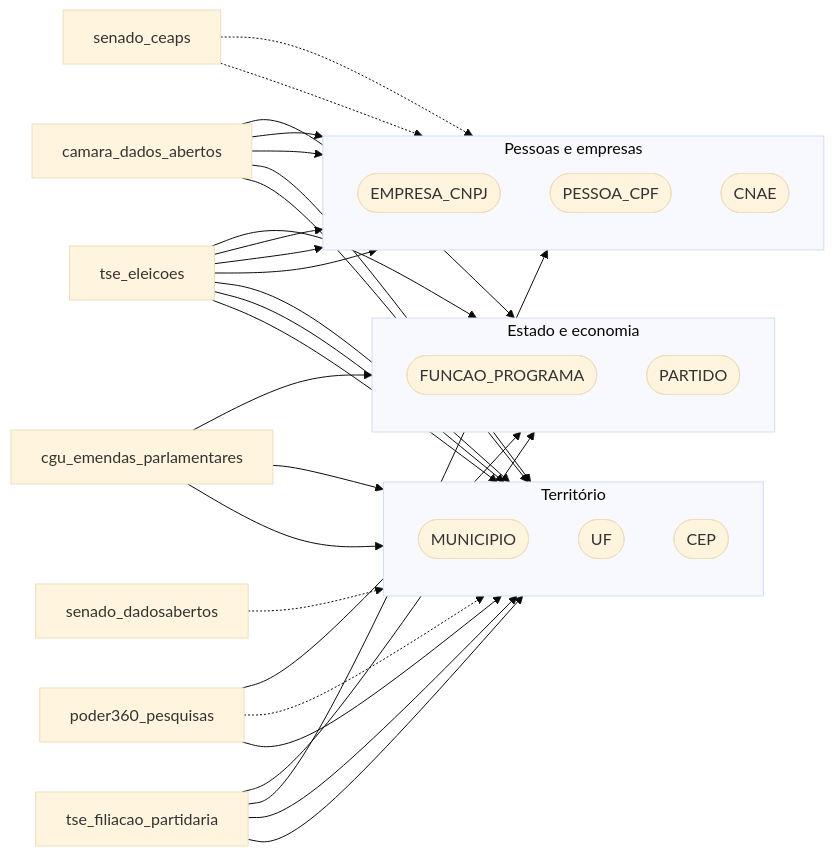
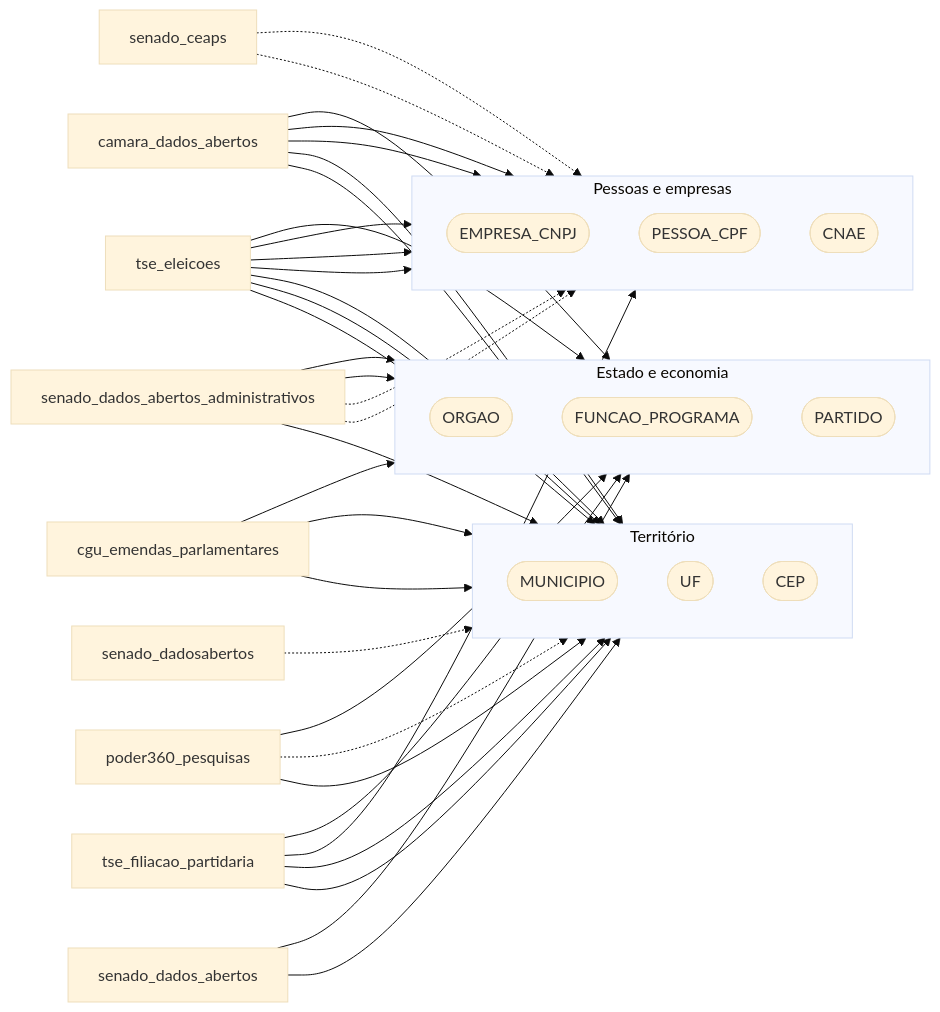
Before and after one commit to rafapolo/rodado: the seventh of 12 diagrams in docs/Flow.md, drawn with Mermaid (base theme). The commit also changed other lines of this file and 11 other files, not shown here.

````diff
--- a/docs/Flow.md
+++ b/docs/Flow.md
@@ -660,52 +697,62 @@
 ```mermaid
 flowchart LR
     politica_br_camara_dados_abertos["camara_dados_abertos"]
     politica_br_cgu_emendas_parlamentares["cgu_emendas_parlamentares"]
     politica_br_poder360_pesquisas["poder360_pesquisas"]
     politica_br_senado_ceaps["senado_ceaps"]
+    politica_br_senado_dados_abertos["senado_dados_abertos"]
+    politica_br_senado_dados_abertos_administrativos["senado_dados_abertos_administrativos"]
     politica_br_senado_dadosabertos["senado_dadosabertos"]
     politica_br_tse_eleicoes["tse_eleicoes"]
     politica_br_tse_filiacao_partidaria["tse_filiacao_partidaria"]
     subgraph politica_g_territ_rio["Território"]
         direction TB
         politica_MUNICIPIO(["MUNICIPIO"])
         politica_UF(["UF"])
         politica_CEP(["CEP"])
     end
     subgraph politica_g_pessoas_e_empresas["Pessoas e empresas"]
         direction TB
         politica_EMPRESA_CNPJ(["EMPRESA_CNPJ"])
         politica_PESSOA_CPF(["PESSOA_CPF"])
         politica_CNAE(["CNAE"])
     end
     subgraph politica_g_estado_e_economia["Estado e economia"]
         direction TB
+        politica_ORGAO(["ORGAO"])
         politica_FUNCAO_PROGRAMA(["FUNCAO_PROGRAMA"])
         politica_PARTIDO(["PARTIDO"])
     end
     politica_br_camara_dados_abertos --> politica_EMPRESA_CNPJ
     politica_br_camara_dados_abertos --> politica_MUNICIPIO
     politica_br_camara_dados_abertos --> politica_PARTIDO
     politica_br_camara_dados_abertos --> politica_PESSOA_CPF
     politica_br_camara_dados_abertos --> politica_UF
     politica_br_cgu_emendas_parlamentares --> politica_FUNCAO_PROGRAMA
     politica_br_cgu_emendas_parlamentares --> politica_MUNICIPIO
     politica_br_cgu_emendas_parlamentares --> politica_UF
     politica_br_poder360_pesquisas -.-> politica_MUNICIPIO
     politica_br_poder360_pesquisas --> politica_PARTIDO
     politica_br_poder360_pesquisas --> politica_UF
     politica_br_senado_ceaps -.-> politica_EMPRESA_CNPJ
     politica_br_senado_ceaps -.-> politica_PESSOA_CPF
+    politica_br_senado_dados_abertos --> politica_PARTIDO
+    politica_br_senado_dados_abertos --> politica_UF
+    politica_br_senado_dados_abertos_administrativos -.-> politica_EMPRESA_CNPJ
+    politica_br_senado_dados_abertos_administrativos --> politica_ORGAO
+    politica_br_senado_dados_abertos_administrativos --> politica_PARTIDO
+    politica_br_senado_dados_abertos_administrativos -.-> politica_PESSOA_CPF
+    politica_br_senado_dados_abertos_administrativos --> politica_UF
     politica_br_senado_dadosabertos -.-> politica_UF
     politica_br_tse_eleicoes --> politica_CEP
     politica_br_tse_eleicoes --> politica_CNAE
     politica_br_tse_eleicoes --> politica_EMPRESA_CNPJ
     politica_br_tse_eleicoes --> politica_MUNICIPIO
     politica_br_tse_eleicoes --> politica_PARTIDO
     politica_br_tse_eleicoes --> politica_PESSOA_CPF
     politica_br_tse_eleicoes --> politica_UF
     politica_br_tse_filiacao_partidaria --> politica_MUNICIPIO
     politica_br_tse_filiacao_partidaria --> politica_PARTIDO
     politica_br_tse_filiacao_partidaria --> politica_PESSOA_CPF
     politica_br_tse_filiacao_partidaria --> politica_UF
 ```
````
